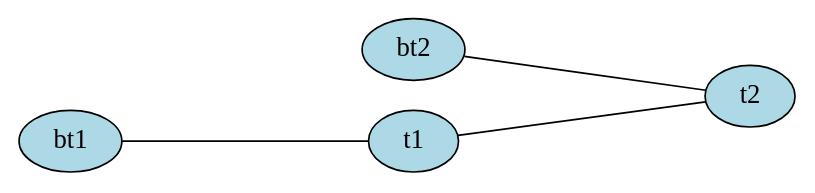
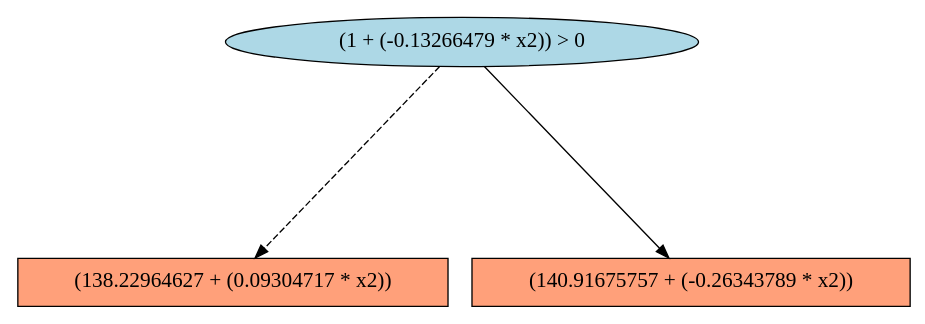
One commit to tonyyezj/xadd-inference changed the diagram in tmp_viewer_file.dot. Above: the diagram before and after it, drawn with Graphviz. The commit also changed 8 other files, not shown here.

```diff
--- a/tmp_viewer_file.dot
+++ b/tmp_viewer_file.dot
@@ -1,13 +1,10 @@
-graph G {
-	graph [overlap=false, fontname=Helvetica, fontsize=16, ratio=auto, size="7.5,10", rankdir=LR, ranksep="2.00"];
+digraph G {
+	graph [fontname=Helvetica, fontsize=16, ratio=auto, size="7.5,10", ranksep="2.00"];
 	node [label="\N", fontsize=16];
-	edge [fontsize=16];
-	graph [bb="0,0,131.31,181.67"];
-	bt2 [fillcolor=lightblue, color=black, shape=ellipse, style=filled, pos="27,18.385", width="0.75", height="0.51069"];
-	t1 [fillcolor=lightblue, color=black, shape=ellipse, style=filled, pos="77.01,115.47", width="0.75", height="0.51069"];
-	t2 [fillcolor=lightblue, color=black, shape=ellipse, style=filled, pos="59.27,63.154", width="0.75", height="0.51069"];
-	bt1 [fillcolor=lightblue, color=black, shape=ellipse, style=filled, pos="104.31,163.29", width="0.75", height="0.51069"];
-	bt2 -- t2 [pos="39.016,35.055 41.74,38.834 44.632,42.846 47.351,46.619"];
-	t1 -- t2 [pos="70.905,97.468 69.141,92.266 67.215,86.586 65.447,81.371"];
-	bt1 -- t1 [pos="94.455,146.02 92.012,141.74 89.391,137.16 86.944,132.87"];
+	graph [bb="0,0,537,218"];
+	611 [label="(1 + (-0.13266479 * x2)) > 0", fillcolor=lightblue, color=black, shape=ellipse, style=filled, pos="267,199", width="3.9462", height="0.51069"];
+	457 [label="(138.22964627 + (0.09304717 * x2))", fillcolor=lightsalmon, color=black, shape=box, style=filled, pos="128,18", width="3.5625", height="0.5"];
+	557 [label="(140.91675757 + (-0.26343789 * x2))", fillcolor=lightsalmon, color=black, shape=box, style=filled, pos="406,18", width="3.6458", height="0.5"];
+	611 -> 457 [color=black, style=dashed, pos="e,141.23,36.035 253.42,180.51 228.69,148.67 176.24,81.121 147.62,44.271"];
+	611 -> 557 [color=black, style=solid, pos="e,392.77,36.035 280.58,180.51 305.31,148.67 357.76,81.121 386.38,44.271"];
 }
```
